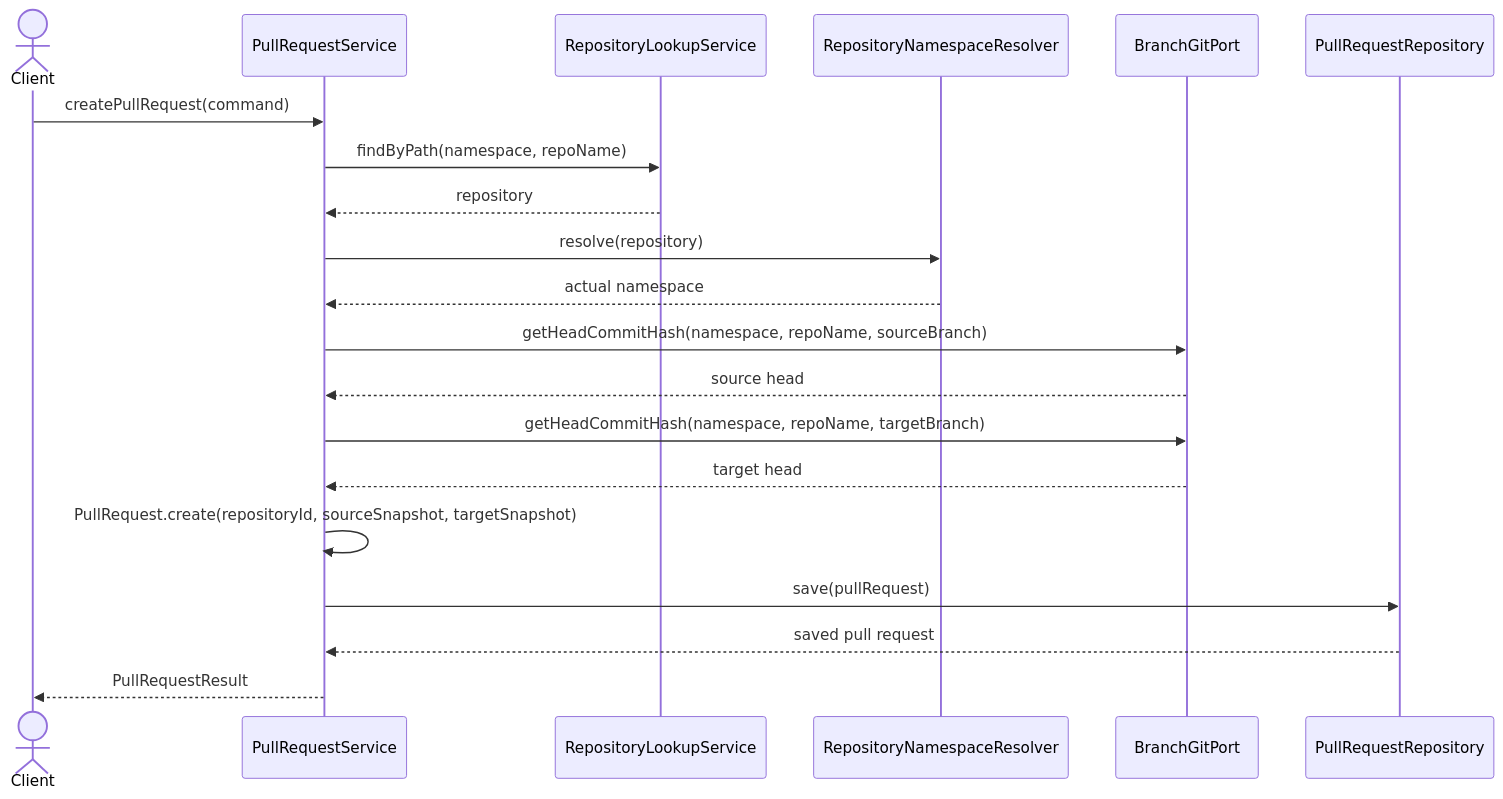
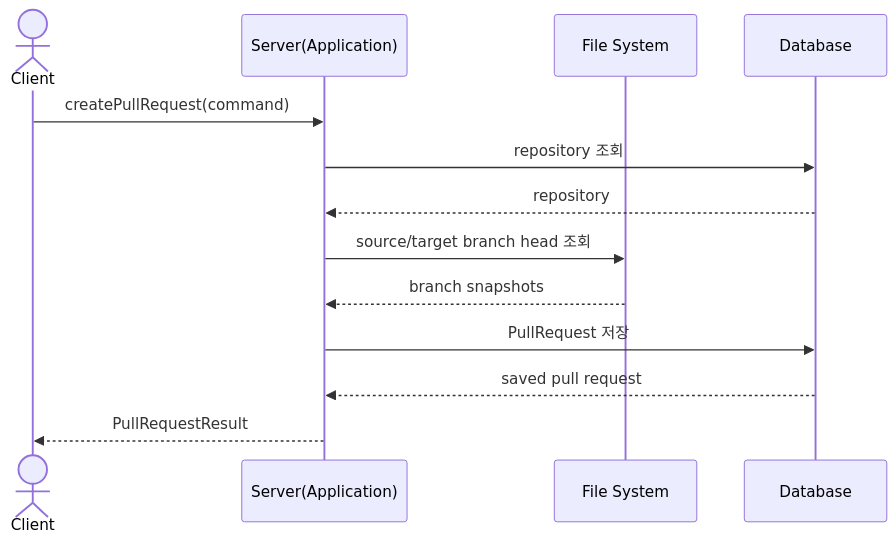
Before and after one commit to jgitkins/jgitkins: the third of 5 diagrams in docs/modeling/contexts/change-review/change-review-context-diagrams.md, drawn with Mermaid. The commit also changed other lines of this file and 15 other files, not shown here.

````diff
--- a/docs/modeling/contexts/change-review/change-review-context-diagrams.md
+++ b/docs/modeling/contexts/change-review/change-review-context-diagrams.md
@@ -111,23 +111,16 @@
 ```mermaid
 sequenceDiagram
     actor Client
-    participant PRS as PullRequestService
-    participant RLS as RepositoryLookupService
-    participant RNS as RepositoryNamespaceResolver
-    participant BGP as BranchGitPort
-    participant PRR as PullRequestRepository
+    participant App as Server(Application)
+    participant FS as File System
+    participant DB as Database
 
-    Client->>PRS: createPullRequest(command)
-    PRS->>RLS: findByPath(namespace, repoName)
-    RLS-->>PRS: repository
-    PRS->>RNS: resolve(repository)
-    RNS-->>PRS: actual namespace
-    PRS->>BGP: getHeadCommitHash(namespace, repoName, sourceBranch)
-    BGP-->>PRS: source head
-    PRS->>BGP: getHeadCommitHash(namespace, repoName, targetBranch)
-    BGP-->>PRS: target head
-    PRS->>PRS: PullRequest.create(repositoryId, sourceSnapshot, targetSnapshot)
-    PRS->>PRR: save(pullRequest)
-    PRR-->>PRS: saved pull request
-    PRS-->>Client: PullRequestResult
+    Client->>App: createPullRequest(command)
+    App->>DB: repository 조회
+    DB-->>App: repository
+    App->>FS: source/target branch head 조회
+    FS-->>App: branch snapshots
+    App->>DB: PullRequest 저장
+    DB-->>App: saved pull request
+    App-->>Client: PullRequestResult
 ```
````
